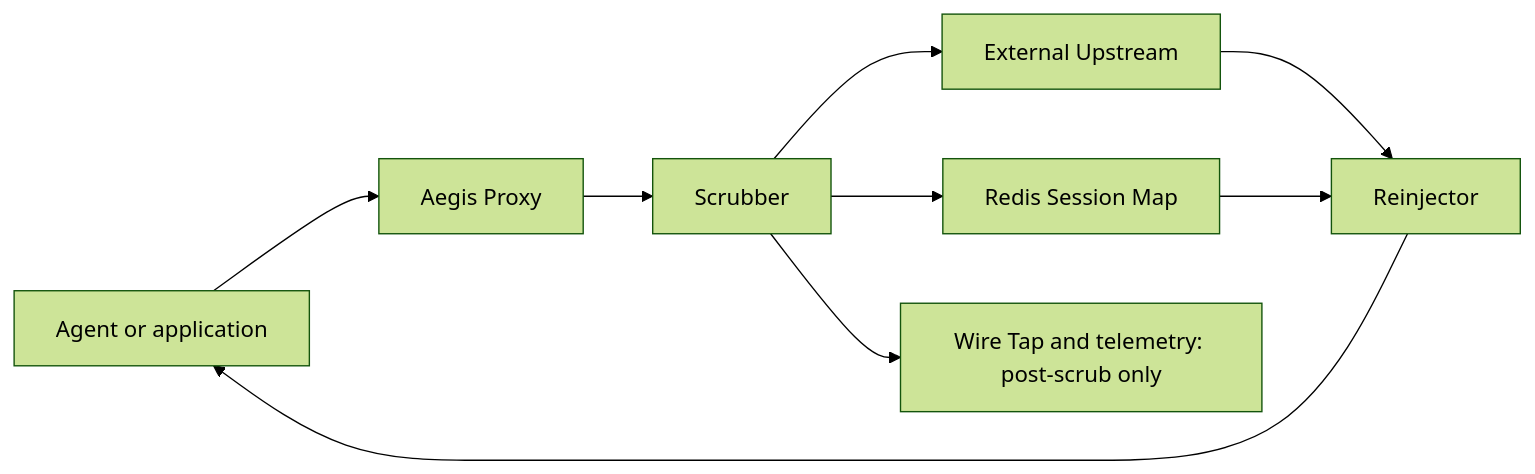
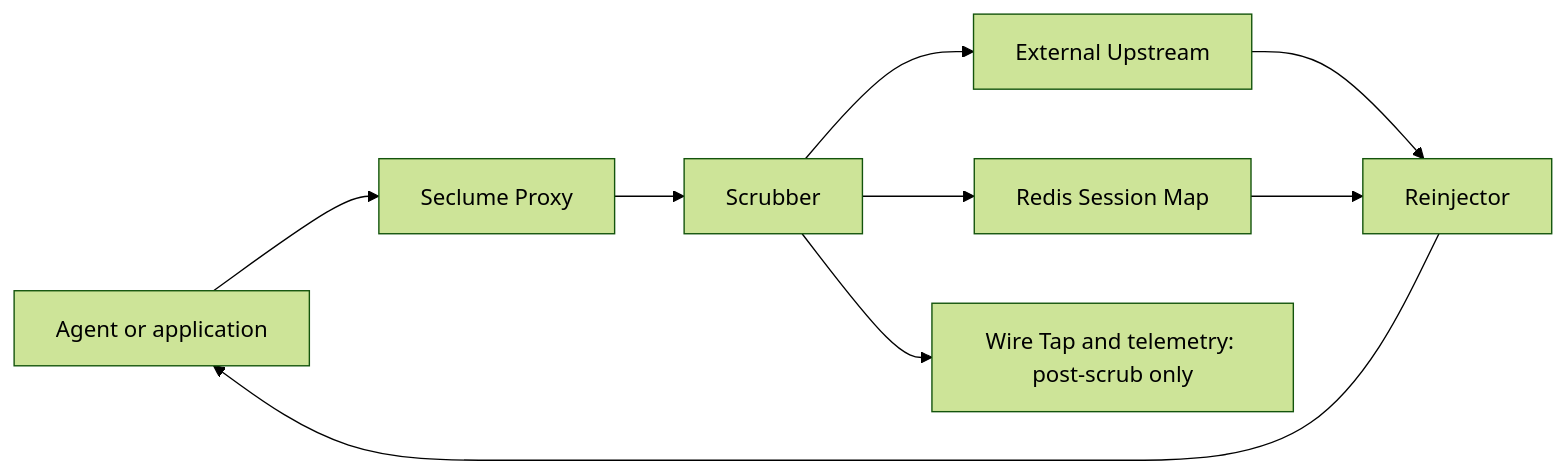
The diagram in README.md (hassanismailtech/Aegis), drawn with Mermaid (forest theme) before and after one commit. The commit also changed other lines of this file, not shown here.

Commit message:
docs: refresh Seclume README and local playground setup

```diff
--- a/README.md
+++ b/README.md
@@ -44,11 +55,11 @@
 ~~~mermaid
 flowchart LR
-    A[Agent or application] --> B[Aegis Proxy]
+    A[Agent or application] --> B[Seclume Proxy]
     B --> C[Scrubber]
     C --> D[Redis Session Map]
     C --> E[External Upstream]
     E --> F[Reinjector]
     D --> F
     F --> A
     C --> G[Wire Tap and telemetry: post-scrub only]
 ~~~
```
